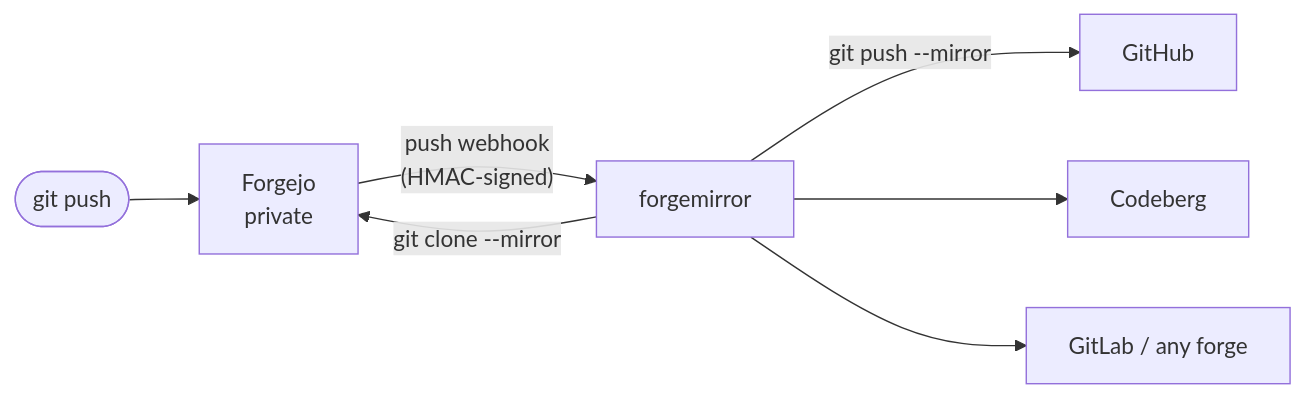
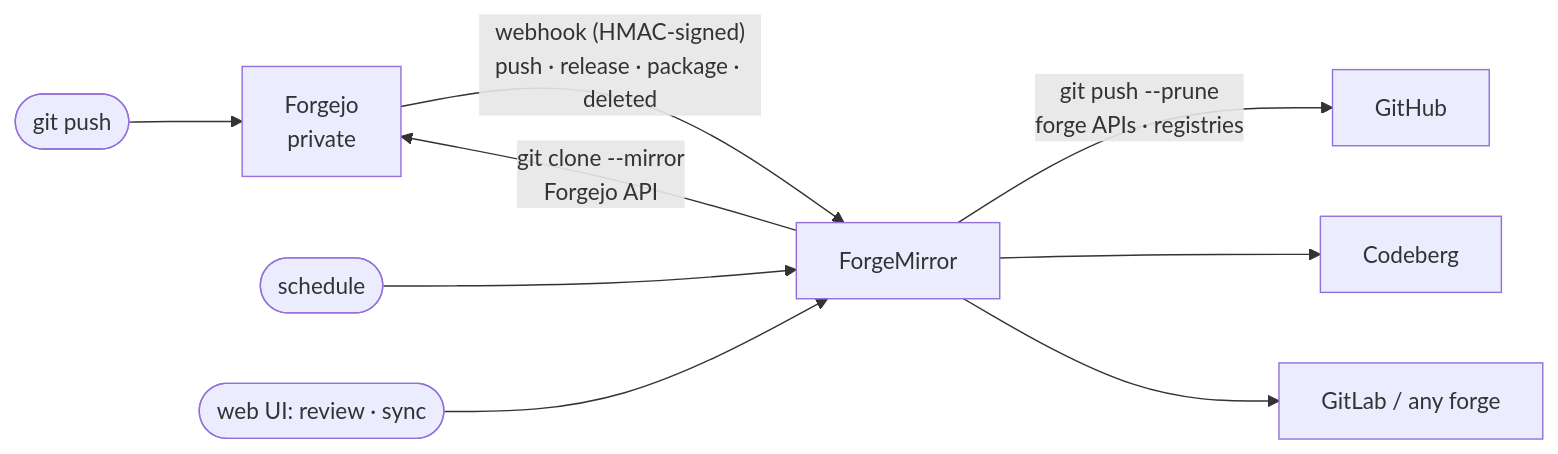
One commit to bitfoo1/forgemirror changed the diagram in README.md. Above: the diagram before and after it, drawn with Mermaid. The commit also changed other lines of this file and 14 other files, not shown here.

First line of the commit message:
docs: :memo: update for ForgeMirror, current features and GitHub

````diff
--- a/README.md
+++ b/README.md
@@ -24,9 +24,11 @@
 ```mermaid
 flowchart LR
   dev([git push]) --> forgejo[Forgejo<br/>private]
-  forgejo -- "push webhook<br/>(HMAC-signed)" --> fm[forgemirror]
-  fm -- "git clone --mirror" --> forgejo
-  fm -- "git push --mirror" --> gh[GitHub]
+  forgejo -- "webhook (HMAC-signed)<br/>push · release · package · deleted" --> fm[ForgeMirror]
+  sched([schedule]) --> fm
+  ui([web UI: review · sync]) --> fm
+  fm -- "git clone --mirror<br/>Forgejo API" --> forgejo
+  fm -- "git push --prune<br/>forge APIs · registries" --> gh[GitHub]
   fm --> cb[Codeberg]
   fm --> gl[GitLab / any forge]
 ```
````
